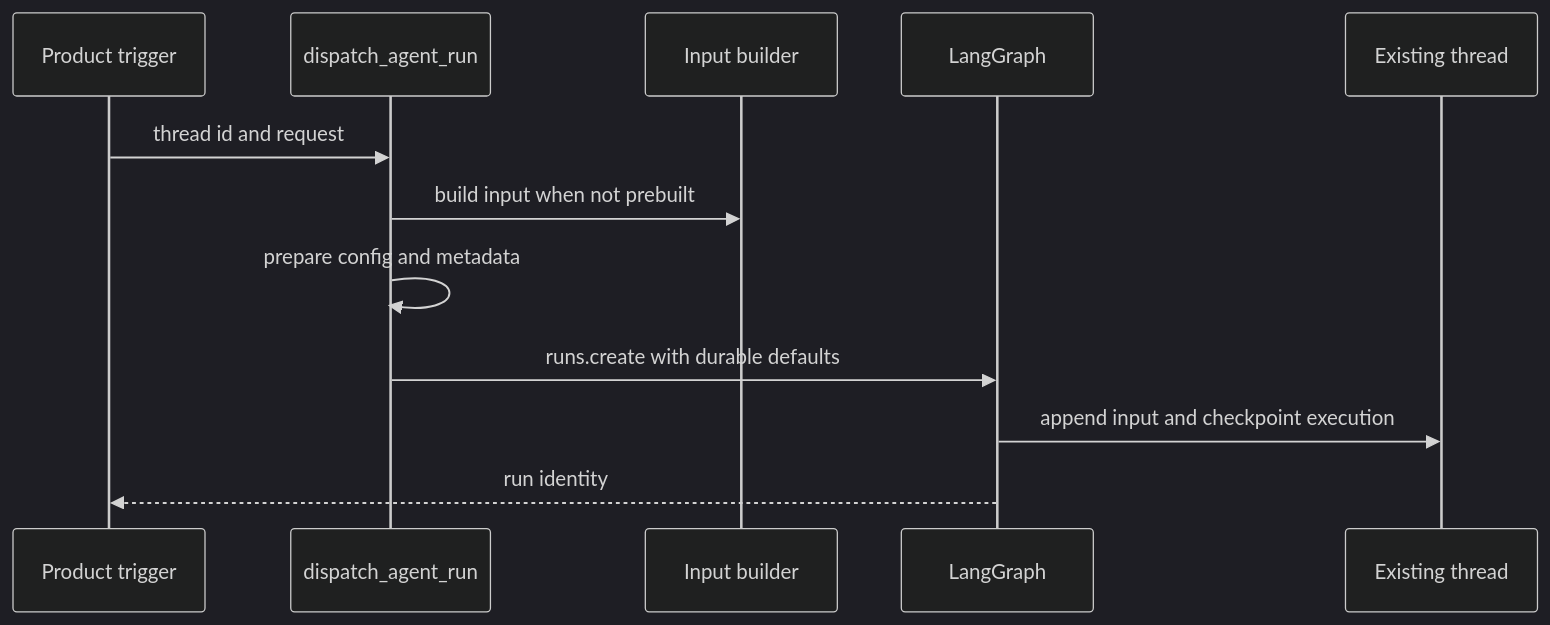
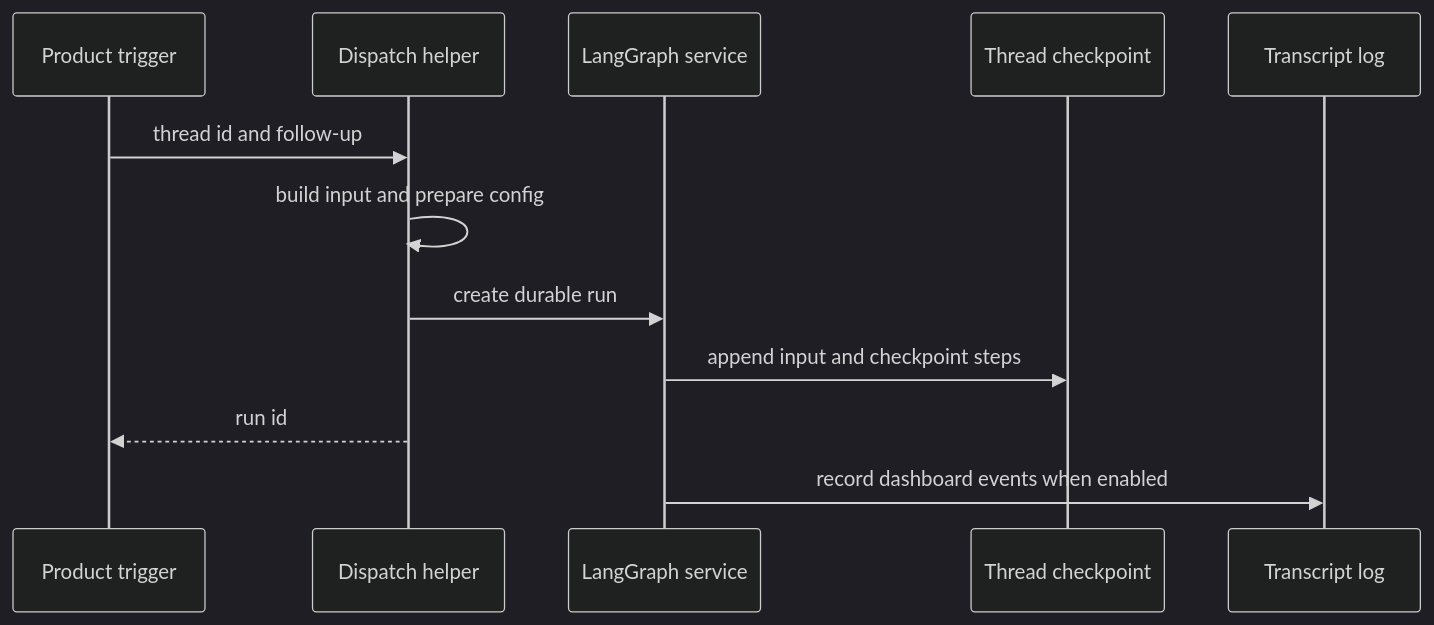
Before and after one commit to langchain-ai/open-swe: the diagram in openwiki/concepts/threads-and-state.md, drawn with Mermaid (dark theme). The commit also changed other lines of this file and 51 other files, not shown here.

````diff
--- a/openwiki/concepts/threads-and-state.md
+++ b/openwiki/concepts/threads-and-state.md
@@ -121,15 +90,15 @@
 ```mermaid
 sequenceDiagram
   participant Trigger as Product trigger
-  participant Dispatch as dispatch_agent_run
-  participant Input as Input builder
-  participant LG as LangGraph
-  participant Thread as Existing thread
+  participant Dispatch as Dispatch helper
+  participant Graph as LangGraph service
+  participant Checkpoint as Thread checkpoint
+  participant Transcript as Transcript log
 
-  Trigger->>Dispatch: thread id and request
-  Dispatch->>Input: build input when not prebuilt
-  Dispatch->>Dispatch: prepare config and metadata
-  Dispatch->>LG: runs.create with durable defaults
-  LG->>Thread: append input and checkpoint execution
-  LG-->>Trigger: run identity
+  Trigger->>Dispatch: thread id and follow-up
+  Dispatch->>Dispatch: build input and prepare config
+  Dispatch->>Graph: create durable run
+  Graph->>Checkpoint: append input and checkpoint steps
+  Dispatch-->>Trigger: run id
+  Graph->>Transcript: record dashboard events when enabled
 ```
````
